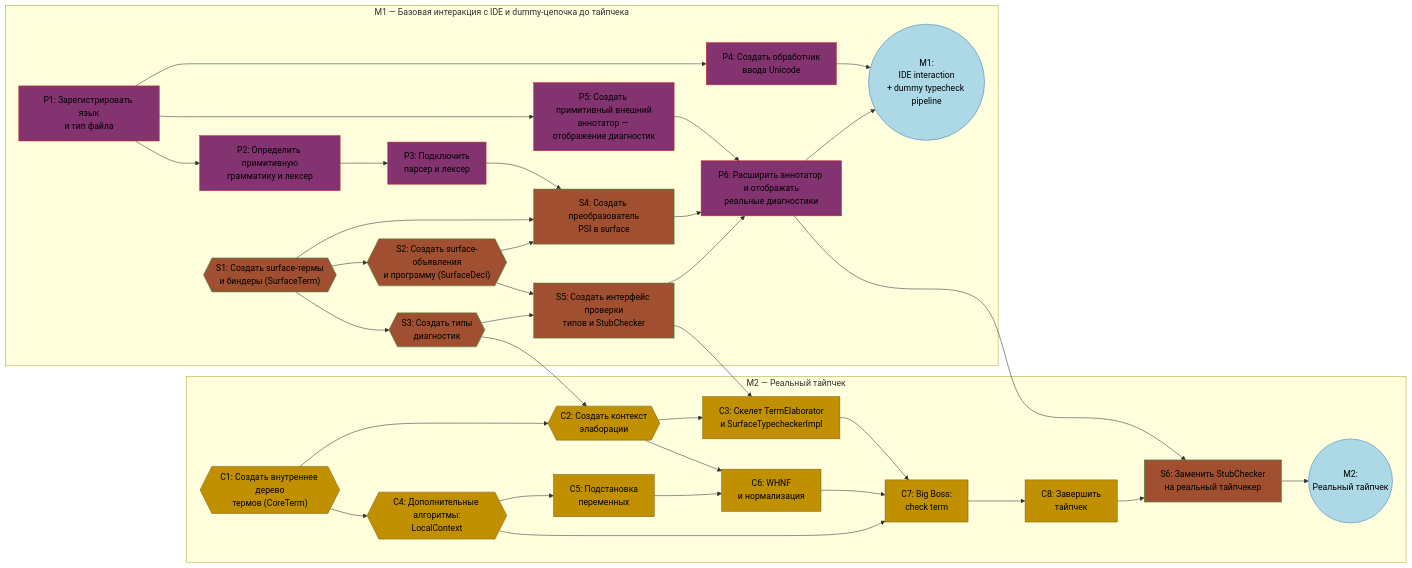
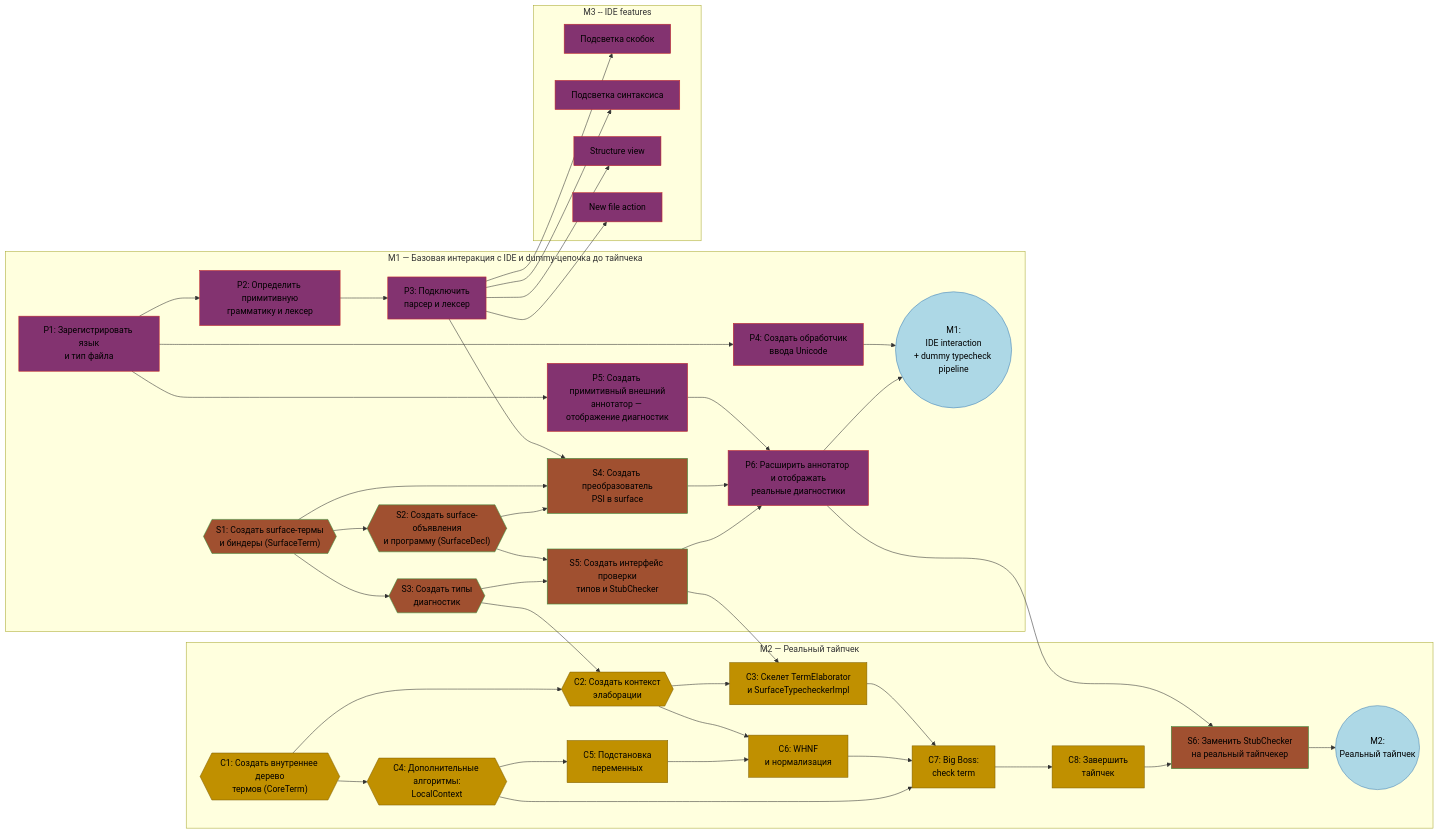
The diagram in docs/plan.md (delta-summer-camp-team/delta-type-theory), drawn with Mermaid before and after one commit. The commit also changed other lines of this file, not shown here.

````diff
--- a/docs/plan.md
+++ b/docs/plan.md
@@ -40,6 +40,13 @@
         S6["S6: Заменить StubChecker<br/>на реальный тайпчекер"]:::surface
 
         M2(("M2:<br/>Реальный тайпчек")):::milestone
+    end
+    
+    subgraph m3 ["M3 -- IDE features"]
+        P7["Подсветка скобок"]:::plugin
+        P8["Подсветка синтаксиса"]:::plugin
+        P9["Structure view"]:::plugin
+        P10["New file action"]:::plugin
     end
 
 %% Plugin
@@ -98,4 +105,9 @@
     C7 --> C8
 
     C8 --> S6
+    
+    P3 --> P7
+    P3 --> P8
+    P3 --> P9
+    P3 --> P10
 ```
````
